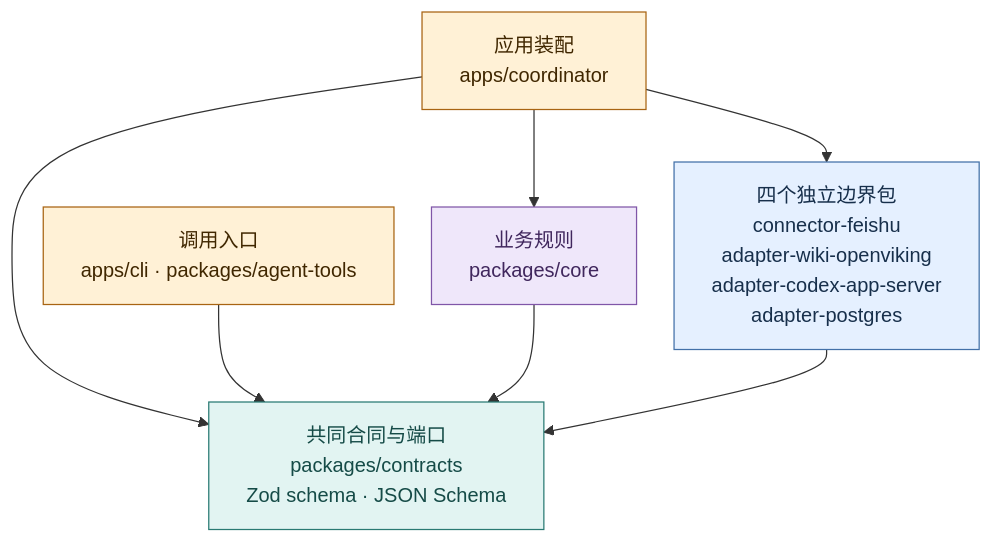
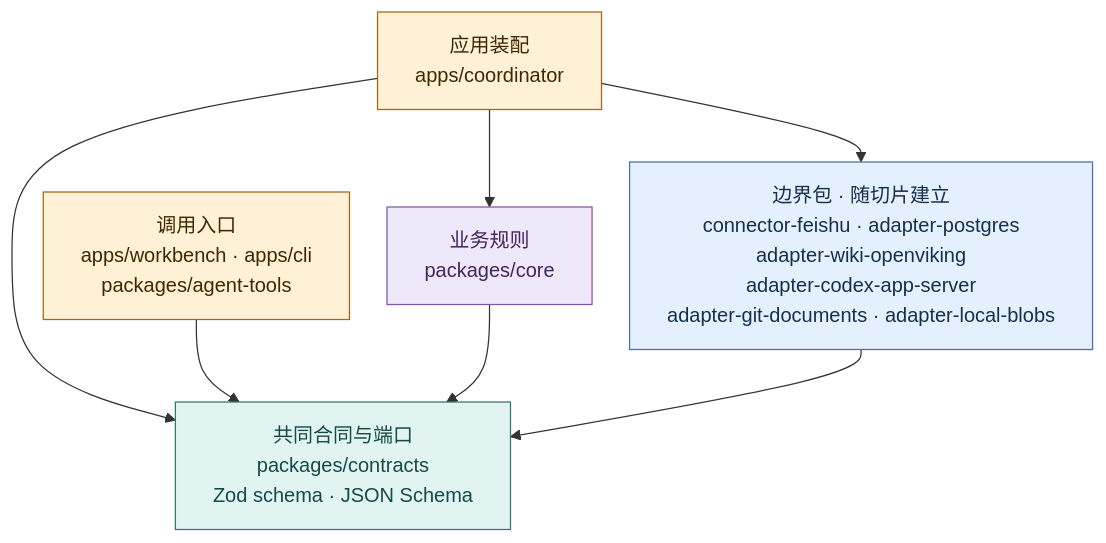
Before and after one commit to cyl19970726/evoLoop: the first of 2 diagrams in docs/architecture/packages.md, drawn with Mermaid. The commit also changed other lines of this file and 19 other files, not shown here.

Commit message:
docs: design knowledge workbench and versioned data flow

````diff
--- a/docs/architecture/packages.md
+++ b/docs/architecture/packages.md
@@ -11,19 +11,19 @@
 ```mermaid
 %%{init: {"flowchart":{"wrappingWidth":320,"nodeSpacing":30,"rankSpacing":42}}}%%
 flowchart TB
   D["应用装配<br/>apps/coordinator"]:::app
-  C["调用入口<br/>apps/cli · packages/agent-tools"]:::app
+  C["调用入口<br/>apps/workbench · apps/cli<br/>packages/agent-tools"]:::app
   K["业务规则<br/>packages/core"]:::core
-  A["四个独立边界包<br/>connector-feishu<br/>adapter-wiki-openviking<br/>adapter-codex-app-server<br/>adapter-postgres"]:::adapter
+  A["边界包 · 随切片建立<br/>connector-feishu · adapter-postgres<br/>adapter-wiki-openviking<br/>adapter-codex-app-server<br/>adapter-git-documents · adapter-local-blobs"]:::adapter
   P["共同合同与端口<br/>packages/contracts<br/>Zod schema · JSON Schema"]:::port
   D --> K
   D --> A
   D --> P
   C --> P
   K --> P
   A --> P
   classDef app fill:#FFF1D6,stroke:#A86412,color:#402700
   classDef core fill:#EFE7FA,stroke:#8056A8,color:#40275D
   classDef port fill:#E2F4F2,stroke:#297A73,color:#154B47
   classDef adapter fill:#E5F0FF,stroke:#4270A8,color:#172F4B
 ```
````
